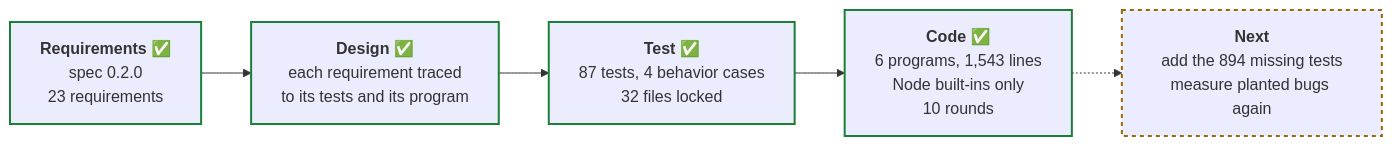
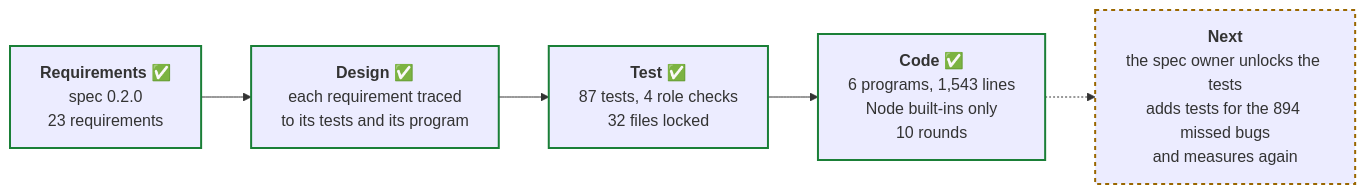
The second of 3 diagrams in README.md (PaulDuvall/adlc-security-reviewer), drawn with Mermaid before and after one commit. The commit also changed other lines of this file, not shown here.

````diff
--- a/README.md
+++ b/README.md
@@ -71,13 +74,13 @@
 ```mermaid
 flowchart LR
   req["<b>Requirements</b> ✅<br/>spec 0.2.0<br/>23 requirements"]
   des["<b>Design</b> ✅<br/>each requirement traced<br/>to its tests and its program"]
-  tst["<b>Test</b> ✅<br/>87 tests, 4 behavior cases<br/>32 files locked"]
+  tst["<b>Test</b> ✅<br/>87 tests, 4 role checks<br/>32 files locked"]
   cod["<b>Code</b> ✅<br/>6 programs, 1,543 lines<br/>Node built-ins only<br/>10 rounds"]
-  nxt["<b>Next</b><br/>add the 894 missing tests<br/>measure planted bugs again"]
+  nxt["<b>Next</b><br/>the spec owner unlocks the tests<br/>adds tests for the 894 missed bugs<br/>and measures again"]
   req --> des --> tst --> cod -.-> nxt
   classDef done stroke:#1a7f37,stroke-width:2px
   classDef next stroke:#9a6700,stroke-width:2px,stroke-dasharray:4
   class req,des,tst,cod done
   class nxt next
 ```
````
